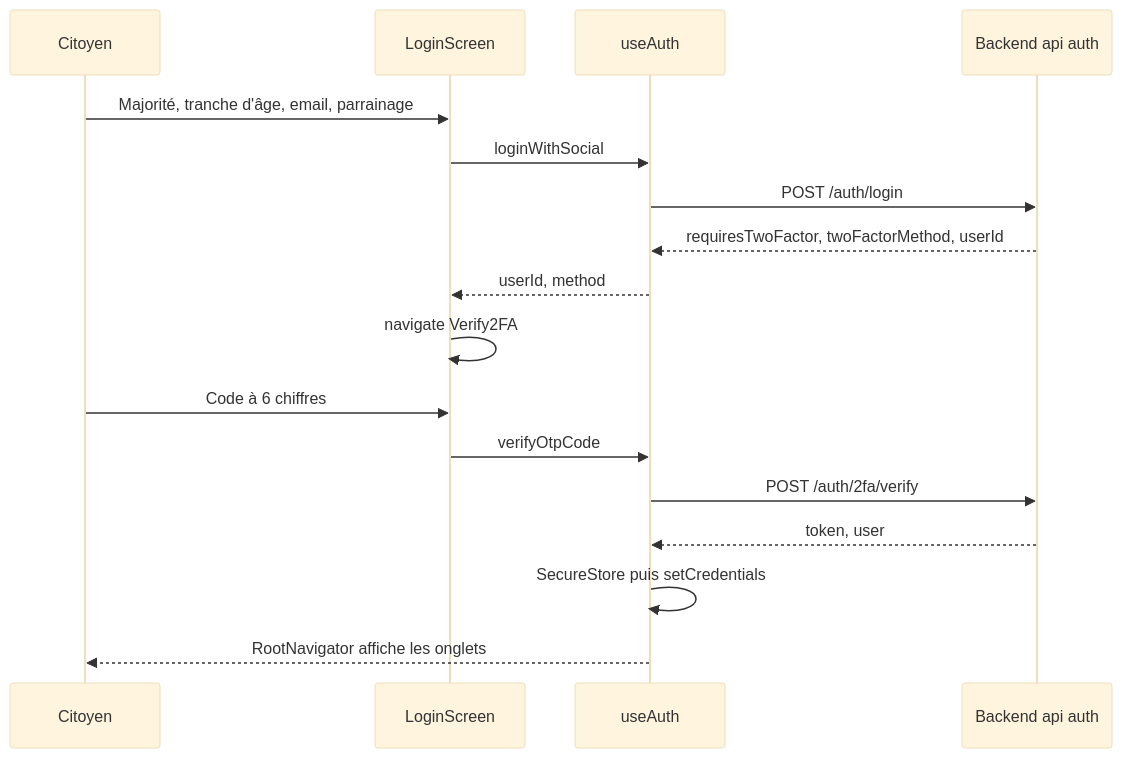
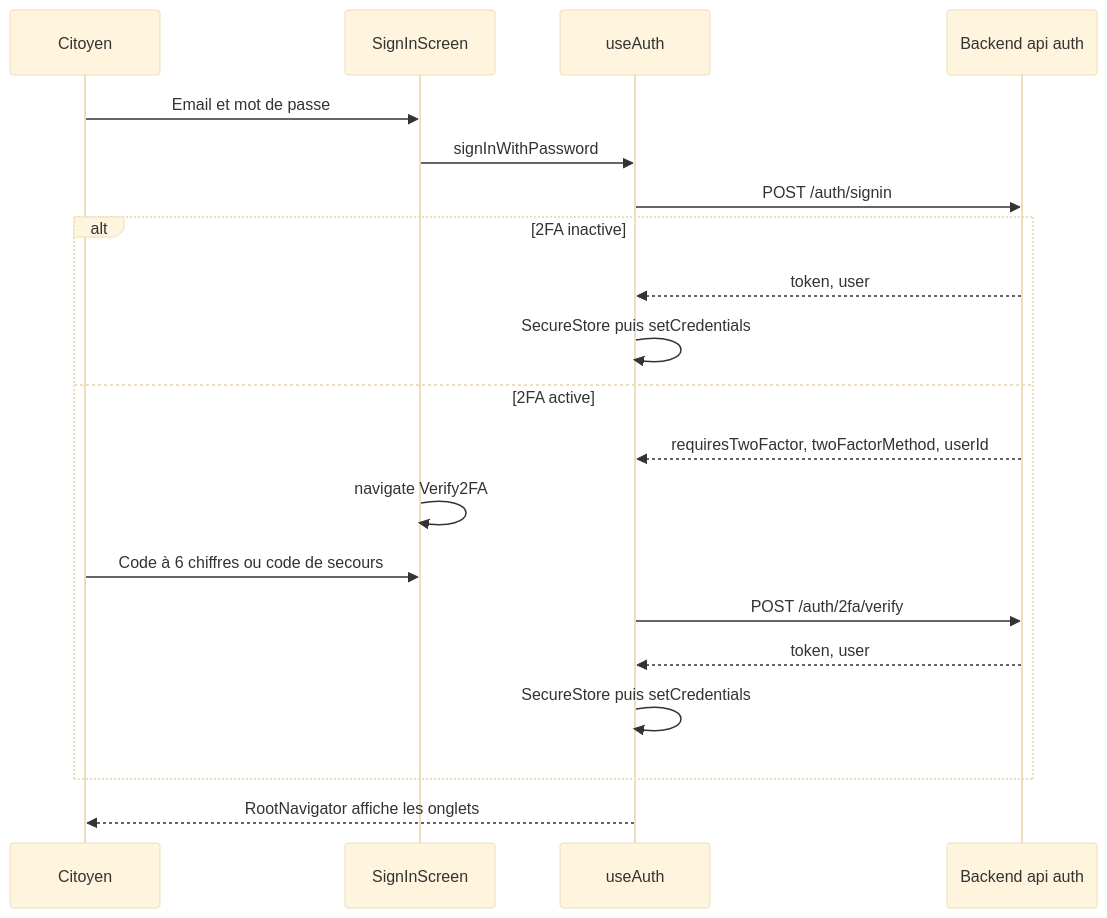
One commit to MarceauTDML/BlockLucky changed the first of 2 diagrams in documentation-officielle/content/mobile/authentification.md. Above: the diagram before and after it, drawn with Mermaid (base theme). The commit also changed other lines of this file and 211 other files, not shown here.

````diff
--- a/documentation-officielle/content/mobile/authentification.md
+++ b/documentation-officielle/content/mobile/authentification.md
@@ -18,19 +24,22 @@
 ```mermaid
 sequenceDiagram
   participant U as Citoyen
-  participant L as LoginScreen
+  participant S as SignInScreen
   participant H as useAuth
   participant A as Backend api auth
-  U->>L: Majorité, tranche d'âge, email, parrainage
-  L->>H: loginWithSocial
-  H->>A: POST /auth/login
-  A-->>H: requiresTwoFactor, twoFactorMethod, userId
-  H-->>L: userId, method
-  L->>L: navigate Verify2FA
-  U->>L: Code à 6 chiffres
-  L->>H: verifyOtpCode
-  H->>A: POST /auth/2fa/verify
-  A-->>H: token, user
-  H->>H: SecureStore puis setCredentials
+  U->>S: Email et mot de passe
+  S->>H: signInWithPassword
+  H->>A: POST /auth/signin
+  alt 2FA inactive
+    A-->>H: token, user
+    H->>H: SecureStore puis setCredentials
+  else 2FA active
+    A-->>H: requiresTwoFactor, twoFactorMethod, userId
+    S->>S: navigate Verify2FA
+    U->>S: Code à 6 chiffres ou code de secours
+    H->>A: POST /auth/2fa/verify
+    A-->>H: token, user
+    H->>H: SecureStore puis setCredentials
+  end
   H-->>U: RootNavigator affiche les onglets
 ```
````
